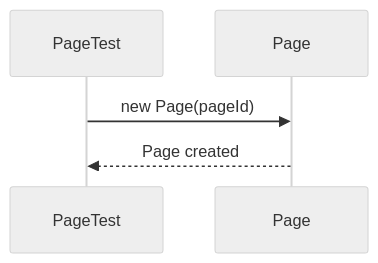
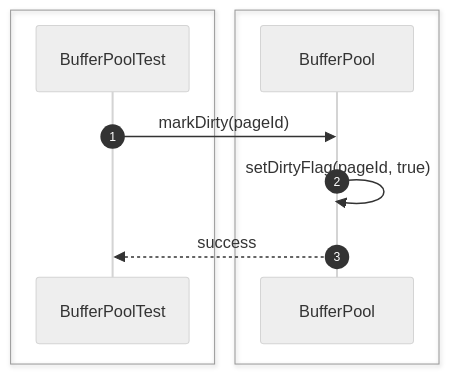
The ninth of 52 diagrams in src/sequence/storage-engine.md (Huy1801214/dbms-architecture), drawn with Mermaid (neutral theme) before and after one commit. The commit also changed other lines of this file and 10 other files, not shown here.

Commit message:
add comprehensive sequence diagrams and documentation for system architecture and unit testing specifications

````diff
--- a/src/sequence/storage-engine.md
+++ b/src/sequence/storage-engine.md
@@ -165,9 +150,15 @@
 ```mermaid
 sequenceDiagram
-    participant Test as PageTest
-    participant Page
+    autonumber
 
-    Test->>Page: new Page(pageId)
+    box #e1f5fe Test Suite
+    participant Test as BufferPoolTest
+    end
+    box #e0f2f1 Storage Components
+    participant Buffer as BufferPool
+    end
 
-    Page-->>Test: Page created
+    Test->>Buffer: markDirty(pageId)
+    Buffer->>Buffer: setDirtyFlag(pageId, true)
+    Buffer-->>Test: success
 ```
````
